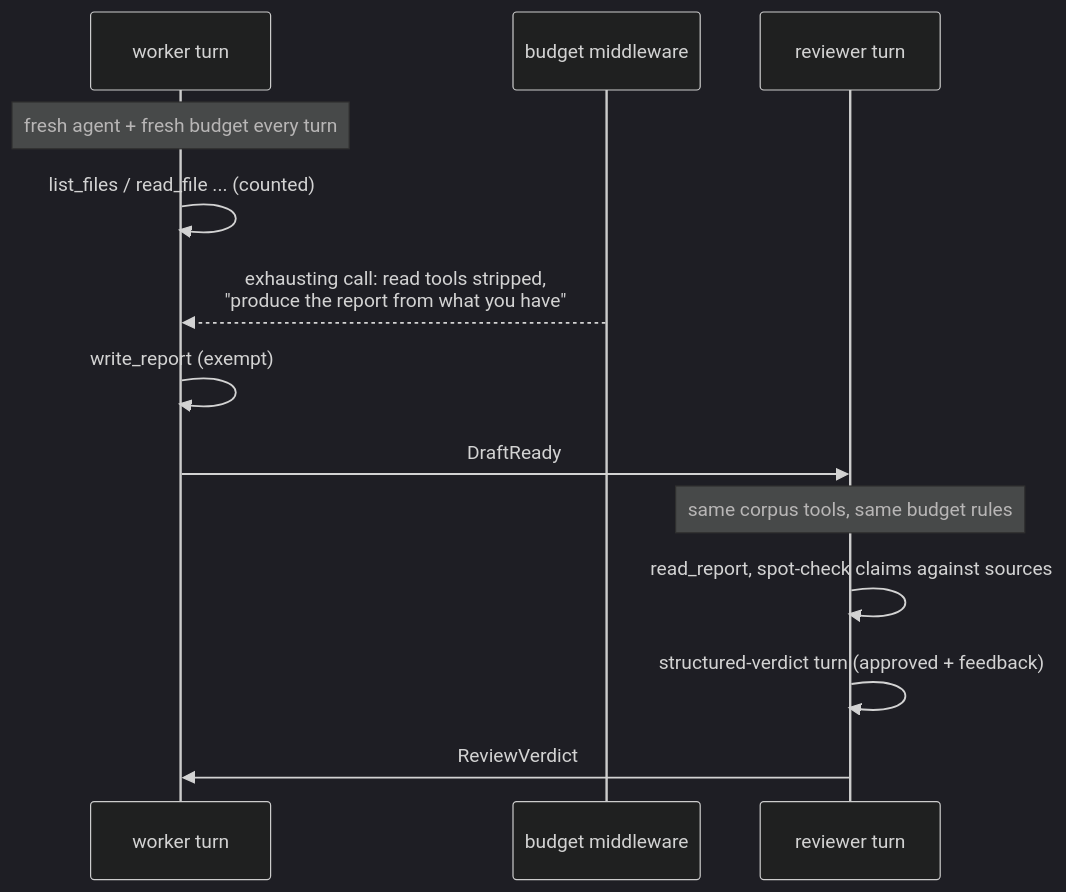
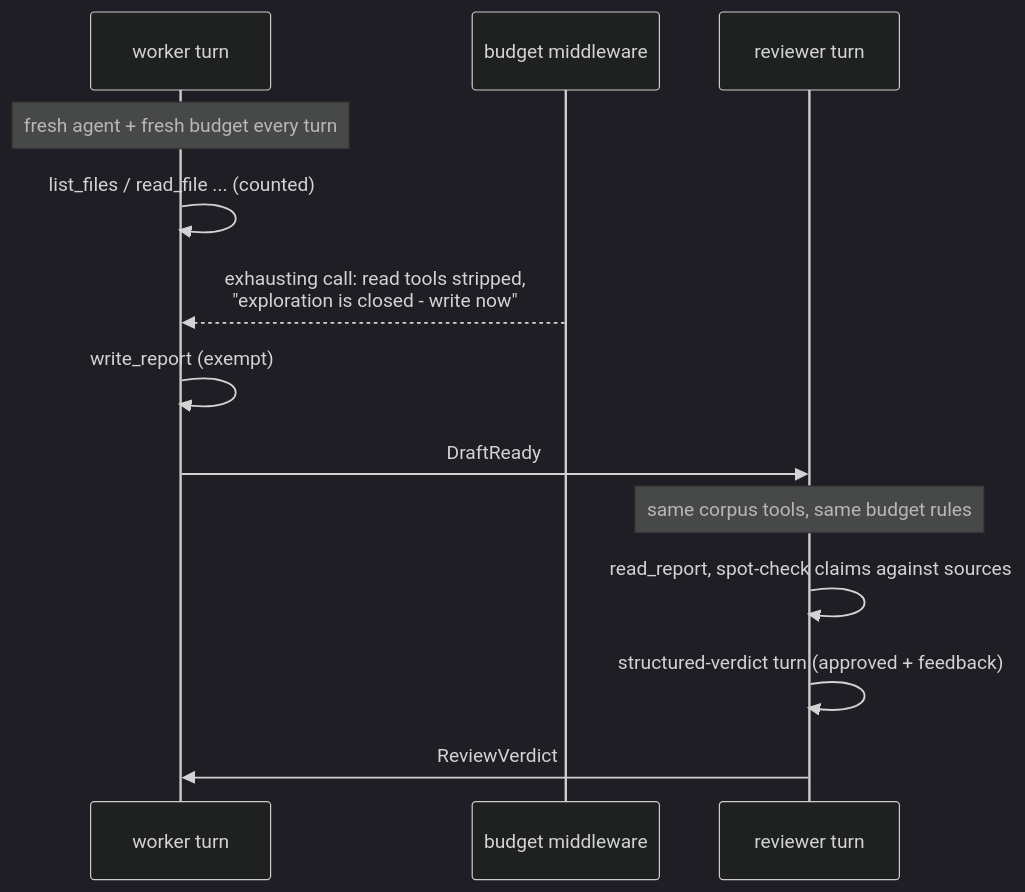
The eighth of 9 diagrams in README.md (timothywong731/agent-framework-hotl), drawn with Mermaid (dark theme) before and after one commit. The commit also changed other lines of this file and 1 other file, not shown here.

````diff
--- a/README.md
+++ b/README.md
@@ -494,16 +494,16 @@
 ```mermaid
 sequenceDiagram
     participant W as worker turn
     participant B as budget middleware
     participant R as reviewer turn
 
     Note over W: fresh agent + fresh budget every turn
     W->>W: list_files / read_file ... (counted)
-    B-->>W: exhausting call: read tools stripped,<br>"produce the report from what you have"
+    B-->>W: exhausting call: read tools stripped,<br>"exploration is closed - write now"
     W->>W: write_report (exempt)
     W->>R: DraftReady
     Note over R: same corpus tools, same budget rules
     R->>R: read_report, spot-check claims against sources
     R->>R: structured-verdict turn (approved + feedback)
     R->>W: ReviewVerdict
 ```
````
